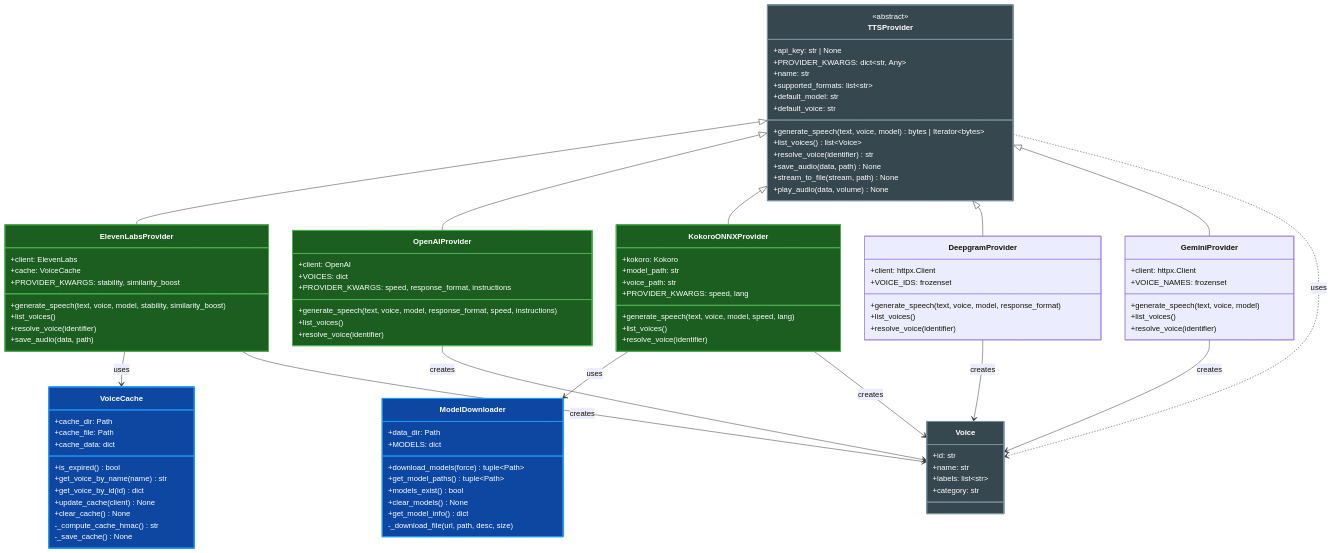
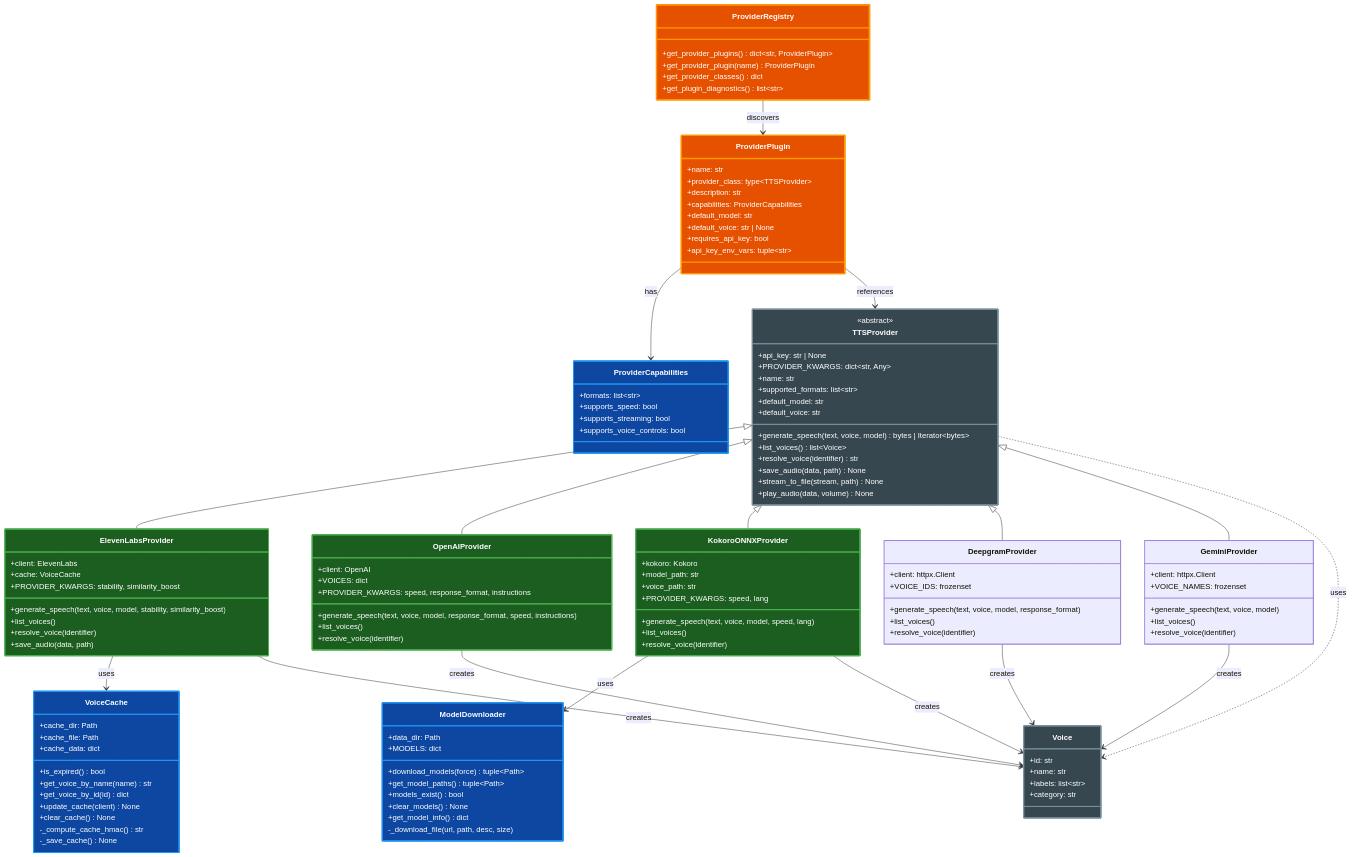
The third of 21 diagrams in docs/ARCHITECTURE.md (paulrobello/par-cli-tts), drawn with Mermaid before and after one commit. The commit also changed other lines of this file and 1 other file, not shown here.

Commit message:
docs: update feature and architecture documentation

```diff
--- a/docs/ARCHITECTURE.md
+++ b/docs/ARCHITECTURE.md
@@ -428,6 +444,31 @@
         +name: str
         +labels: list~str~
         +category: str
+    }
+
+    class ProviderCapabilities {
+        +formats: list~str~
+        +supports_speed: bool
+        +supports_streaming: bool
+        +supports_voice_controls: bool
+    }
+
+    class ProviderPlugin {
+        +name: str
+        +provider_class: type~TTSProvider~
+        +description: str
+        +capabilities: ProviderCapabilities
+        +default_model: str
+        +default_voice: str | None
+        +requires_api_key: bool
+        +api_key_env_vars: tuple~str~
+    }
+
+    class ProviderRegistry {
+        +get_provider_plugins() dict~str, ProviderPlugin~
+        +get_provider_plugin(name) ProviderPlugin
+        +get_provider_classes() dict
+        +get_plugin_diagnostics() list~str~
     }
 
     class ElevenLabsProvider {
@@ -505,6 +546,9 @@
     TTSProvider <|-- DeepgramProvider
     TTSProvider <|-- GeminiProvider
     TTSProvider ..> Voice : uses
+    ProviderPlugin --> ProviderCapabilities : has
+    ProviderPlugin --> TTSProvider : references
+    ProviderRegistry --> ProviderPlugin : discovers
     ElevenLabsProvider --> VoiceCache : uses
     KokoroONNXProvider --> ModelDownloader : uses
     ElevenLabsProvider --> Voice : creates
@@ -515,6 +559,9 @@
 
     style TTSProvider fill:#37474f,stroke:#78909c,stroke-width:2px,color:#ffffff
     style Voice fill:#37474f,stroke:#78909c,stroke-width:2px,color:#ffffff
+    style ProviderCapabilities fill:#0d47a1,stroke:#2196f3,stroke-width:2px,color:#ffffff
+    style ProviderPlugin fill:#e65100,stroke:#ff9800,stroke-width:3px,color:#ffffff
+    style ProviderRegistry fill:#e65100,stroke:#ff9800,stroke-width:3px,color:#ffffff
     style ElevenLabsProvider fill:#1b5e20,stroke:#4caf50,stroke-width:2px,color:#ffffff
     style OpenAIProvider fill:#1b5e20,stroke:#4caf50,stroke-width:2px,color:#ffffff
     style KokoroONNXProvider fill:#1b5e20,stroke:#4caf50,stroke-width:2px,color:#ffffff
```
